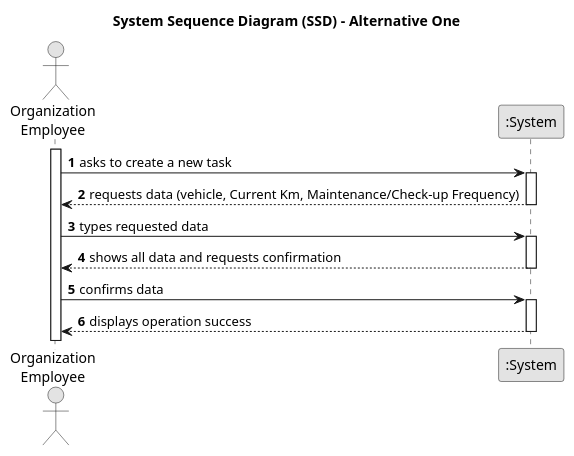
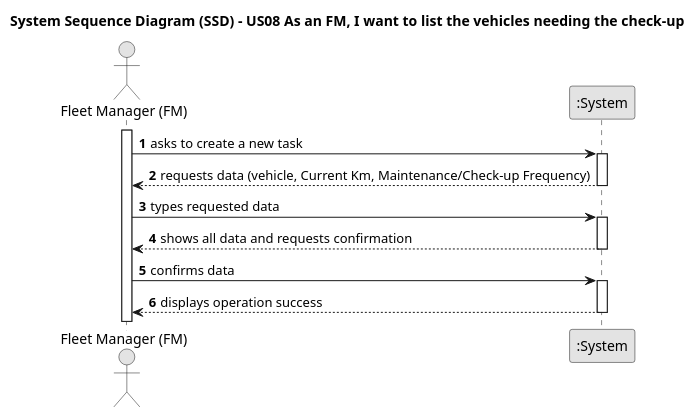
Before and after one commit to Departamento-de-Engenharia-Informatica/lei-24-s2-1db-g022: the diagram in docs/sprintA/us08/01.requirements-engineering/puml/us08-system-sequence-diagram.puml, drawn with PlantUML.

Commit message:
US08- Sequence Diagram Alteration

```diff
--- a/docs/sprintA/us08/01.requirements-engineering/puml/us08-system-sequence-diagram.puml
+++ b/docs/sprintA/us08/01.requirements-engineering/puml/us08-system-sequence-diagram.puml
@@ -1,33 +1,33 @@
 @startuml
 skinparam monochrome true
 skinparam packageStyle rectangle
 skinparam shadowing false
 
-title System Sequence Diagram (SSD) - Alternative One
+title System Sequence Diagram (SSD) - US08 As an FM, I want to list the vehicles needing the check-up
 
 autonumber
 
-actor "Organization\nEmployee" as Employee
+actor "Fleet Manager (FM)" as FM
 participant ":System" as System
 
-activate Employee
+activate FM
 
-    Employee -> System : asks to create a new task
+    FM -> System : asks to create a new task
     activate System
 
-        System --> Employee : requests data (vehicle, Current Km, Maintenance/Check-up Frequency)
+        System --> FM : requests data (vehicle, Current Km, Maintenance/Check-up Frequency)
     deactivate System
 
-    Employee -> System : types requested data
+    FM -> System : types requested data
     activate System
 
-        System --> Employee : shows all data and requests confirmation
+        System --> FM : shows all data and requests confirmation
     deactivate System
 
-    Employee -> System : confirms data
+    FM -> System : confirms data
     activate System
 
-        System --> Employee : displays operation success
+        System --> FM : displays operation success
     deactivate System
 
 @enduml
```
